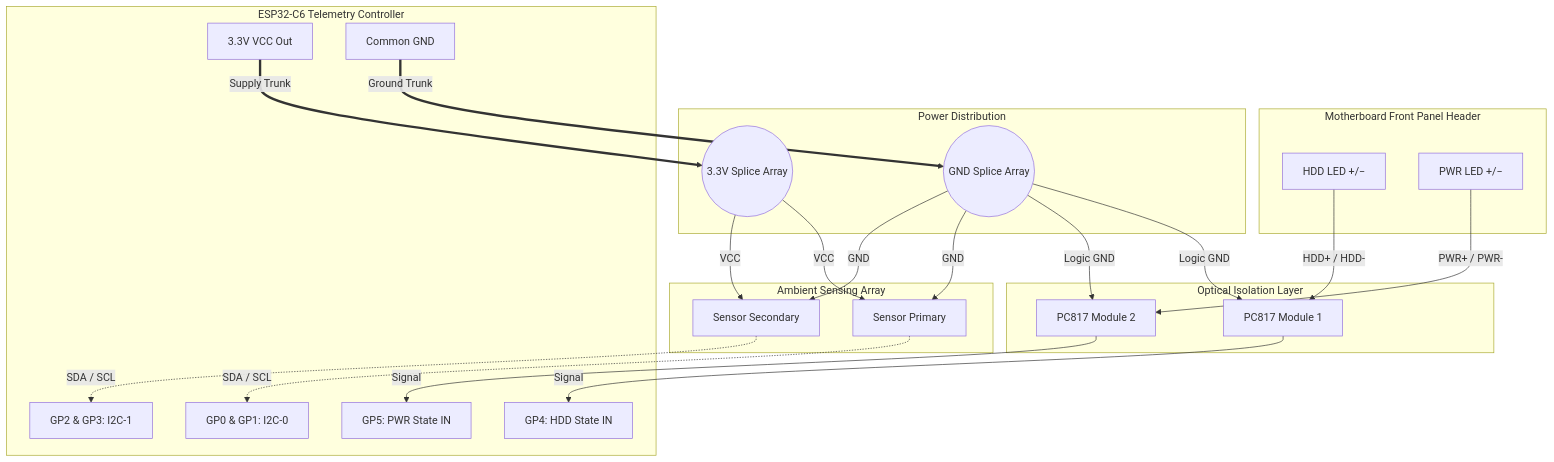
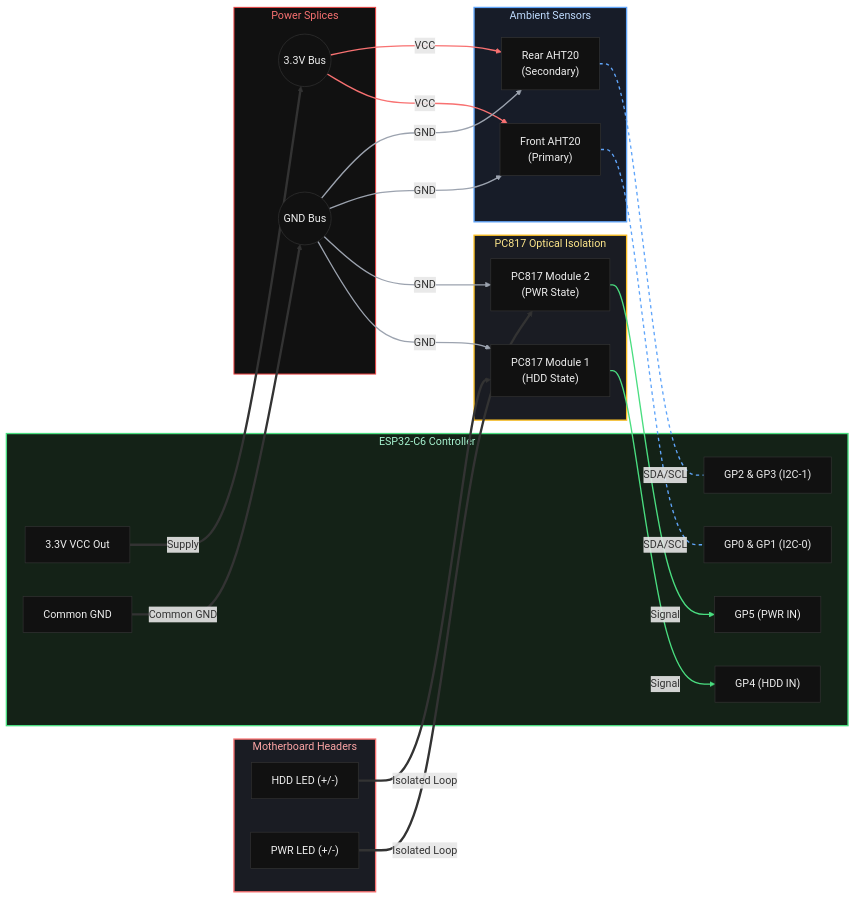
One commit to aniva/random-stuff changed the diagram in sff_case_9L_01/telemetry_display/README.md. Above: the diagram before and after it, drawn with Mermaid.

Commit message:
Optimize and colorize Mermaid schematic diagram in README.md

````diff
--- a/sff_case_9L_01/telemetry_display/README.md
+++ b/sff_case_9L_01/telemetry_display/README.md
@@ -61,55 +61,82 @@
 ```mermaid
-graph TD
-    subgraph Motherboard Front Panel Header
-        MB_HDD[HDD LED +/−]
-        MB_PWR[PWR LED +/−]
+flowchart LR
+    %% Style Definitions for Nodes
+    classDef default fill:#111,stroke:#333,stroke-width:1px,color:#eee;
+    classDef motherboard fill:#1a1c23,stroke:#f87171,stroke-width:2px,color:#fca5a5;
+    classDef isolation fill:#1a1c23,stroke:#fbbf24,stroke-width:2px,color:#fde68a;
+    classDef controller fill:#142217,stroke:#4ade80,stroke-width:2px,color:#a7f3d0;
+    classDef power fill:#111,stroke:#ef4444,stroke-width:1.5px,color:#f87171;
+    classDef sensors fill:#171c28,stroke:#60a5fa,stroke-width:2px,color:#bfdbfe;
+
+    subgraph Motherboard [Motherboard Headers]
+        MB_HDD["HDD LED (+/-)"]
+        MB_PWR["PWR LED (+/-)"]
     end
+    class Motherboard motherboard;
 
-    subgraph Optical Isolation Layer
-        OPTO_HDD[PC817 Module 1]
-        OPTO_PWR[PC817 Module 2]
+    subgraph Opto [PC817 Optical Isolation]
+        OPTO_HDD["PC817 Module 1<br>(HDD State)"]
+        OPTO_PWR["PC817 Module 2<br>(PWR State)"]
     end
+    class Opto isolation;
 
-    subgraph Power Distribution
-        V33_SPLICE((3.3V Splice Array))
-        GND_SPLICE((GND Splice Array))
+    subgraph ESP [ESP32-C6 Controller]
+        V33["3.3V VCC Out"]
+        GND["Common GND"]
+        GP4["GP4 (HDD IN)"]
+        GP5["GP5 (PWR IN)"]
+        GP0_1["GP0 & GP1 (I2C-0)"]
+        GP2_3["GP2 & GP3 (I2C-1)"]
     end
+    class ESP controller;
 
-    subgraph ESP32-C6 Telemetry Controller
-        V33[3.3V VCC Out]
-        GND[Common GND]
-        GPIO4[GP4: HDD State IN]
-        GPIO5[GP5: PWR State IN]
-        GPIO0_1[GP0 & GP1: I2C-0]
-        GPIO2_3[GP2 & GP3: I2C-1]
+    subgraph Power [Power Splices]
+        V33_SPLICE((3.3V Bus))
+        GND_SPLICE((GND Bus))
     end
+    class Power power;
 
-    subgraph Ambient Sensing Array
-        AHT1[Sensor Primary]
-        AHT2[Sensor Secondary]
+    subgraph Sensors [Ambient Sensors]
+        AHT_F["Front AHT20<br>(Primary)"]
+        AHT_R["Rear AHT20<br>(Secondary)"]
     end
+    class Sensors sensors;
 
-    %% High Voltage / Isolated Side
-    MB_HDD -->|HDD+ / HDD-| OPTO_HDD
-    MB_PWR -->|PWR+ / PWR-| OPTO_PWR
+    %% Wiring Connections
 
-    %% Main Power Trunks (ESP32 to Splice Blocks)
-    V33 ==>|Supply Trunk| V33_SPLICE
-    GND ==>|Ground Trunk| GND_SPLICE
+    %% Isolated loop from motherboard to optocouplers
+    MB_HDD ==>|Isolated Loop| OPTO_HDD
+    MB_PWR ==>|Isolated Loop| OPTO_PWR
 
-    %% 3.3V Distribution
-    V33_SPLICE -->|VCC| AHT1
-    V33_SPLICE -->|VCC| AHT2
+    %% Power Delivery Trunks from ESP
+    V33 ==>|Supply| V33_SPLICE
+    GND ==>|Common GND| GND_SPLICE
 
-    %% GND Distribution (Logic Side)
-    GND_SPLICE -->|Logic GND| OPTO_HDD
-    GND_SPLICE -->|Logic GND| OPTO_PWR
-    GND_SPLICE -->|GND| AHT1
-    GND_SPLICE -->|GND| AHT2
+    %% 3.3V Power routing (Red color)
+    V33_SPLICE -->|VCC| AHT_F
+    V33_SPLICE -->|VCC| AHT_R
+    linkStyle 4 stroke:#f87171,stroke-width:2px;
+    linkStyle 5 stroke:#f87171,stroke-width:2px;
 
-    %% Signal Routing
-    OPTO_HDD -->|Signal| GPIO4
-    OPTO_PWR -->|Signal| GPIO5
-    AHT1 -.->|SDA / SCL| GPIO0_1
-    AHT2 -.->|SDA / SCL| GPIO2_3
+    %% GND Power routing (Grey/Black color)
+    GND_SPLICE -->|GND| OPTO_HDD
+    GND_SPLICE -->|GND| OPTO_PWR
+    GND_SPLICE -->|GND| AHT_F
+    GND_SPLICE -->|GND| AHT_R
+    linkStyle 6 stroke:#9ca3af,stroke-width:2px;
+    linkStyle 7 stroke:#9ca3af,stroke-width:2px;
+    linkStyle 8 stroke:#9ca3af,stroke-width:2px;
+    linkStyle 9 stroke:#9ca3af,stroke-width:2px;
+
+    %% Telemetry Signals (Green color)
+    OPTO_HDD -->|Signal| GP4
+    OPTO_PWR -->|Signal| GP5
+    linkStyle 10 stroke:#4ade80,stroke-width:2px;
+    linkStyle 11 stroke:#4ade80,stroke-width:2px;
+
+    %% I2C Data Buses (Blue dashed color)
+    AHT_F -.-|SDA/SCL| GP0_1
+    AHT_R -.-|SDA/SCL| GP2_3
+    linkStyle 12 stroke:#60a5fa,stroke-width:2px,stroke-dasharray: 5 5;
+    linkStyle 13 stroke:#60a5fa,stroke-width:2px,stroke-dasharray: 5 5;
 ```
````
